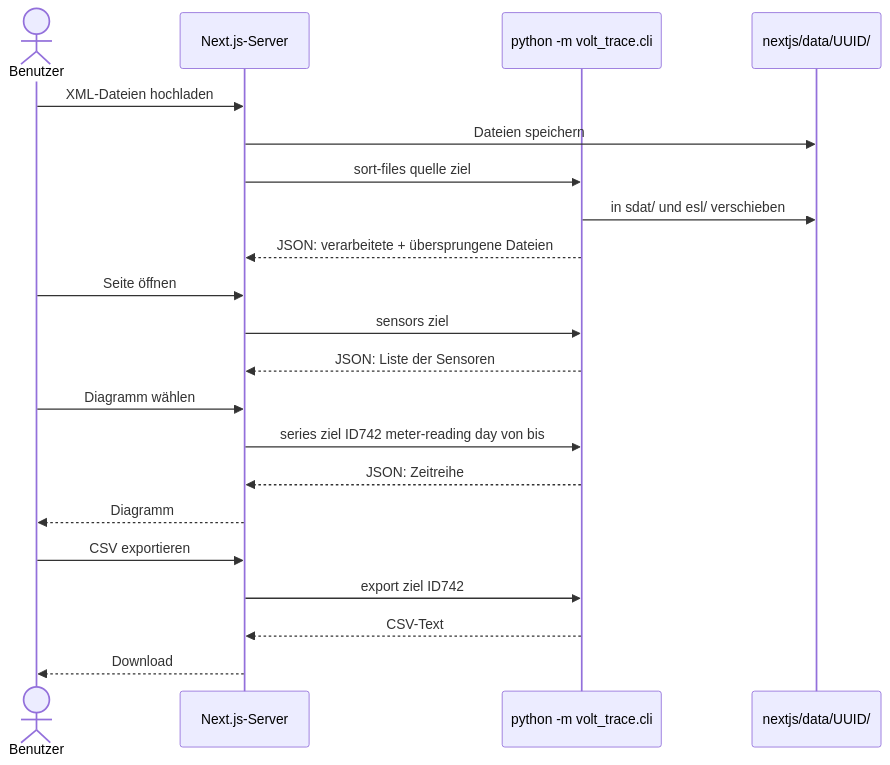
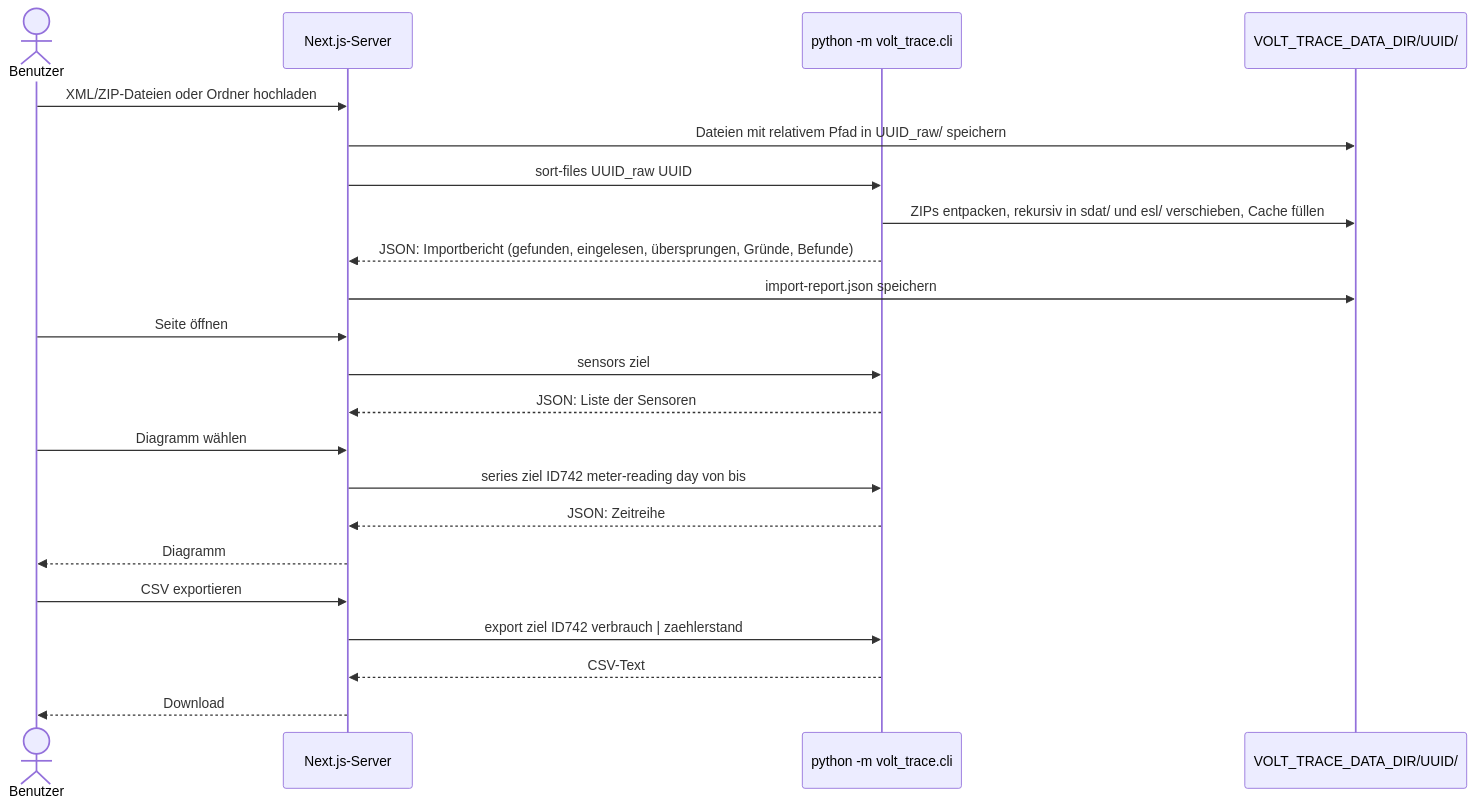
Before and after one commit to im24b-seminaral/volt-trace: the third of 13 diagrams in PYTHON.md, drawn with Mermaid. The commit also changed other lines of this file and 2 other files, not shown here.

````diff
--- a/PYTHON.md
+++ b/PYTHON.md
@@ -169,27 +169,28 @@
 ```mermaid
 sequenceDiagram
     actor U as Benutzer
     participant N as Next.js-Server
     participant P as python -m volt_trace.cli
-    participant D as nextjs/data/UUID/
+    participant D as VOLT_TRACE_DATA_DIR/UUID/
 
-    U->>N: XML-Dateien hochladen
-    N->>D: Dateien speichern
-    N->>P: sort-files quelle ziel
-    P->>D: in sdat/ und esl/ verschieben
-    P-->>N: JSON: verarbeitete + übersprungene Dateien
+    U->>N: XML/ZIP-Dateien oder Ordner hochladen
+    N->>D: Dateien mit relativem Pfad in UUID_raw/ speichern
+    N->>P: sort-files UUID_raw UUID
+    P->>D: ZIPs entpacken, rekursiv in sdat/ und esl/ verschieben, Cache füllen
+    P-->>N: JSON: Importbericht (gefunden, eingelesen, übersprungen, Gründe, Befunde)
+    N->>D: import-report.json speichern
 
     U->>N: Seite öffnen
     N->>P: sensors ziel
     P-->>N: JSON: Liste der Sensoren
 
     U->>N: Diagramm wählen
     N->>P: series ziel ID742 meter-reading day von bis
     P-->>N: JSON: Zeitreihe
     N-->>U: Diagramm
 
     U->>N: CSV exportieren
-    N->>P: export ziel ID742
+    N->>P: export ziel ID742 verbrauch | zaehlerstand
     P-->>N: CSV-Text
     N-->>U: Download
 ```
````
